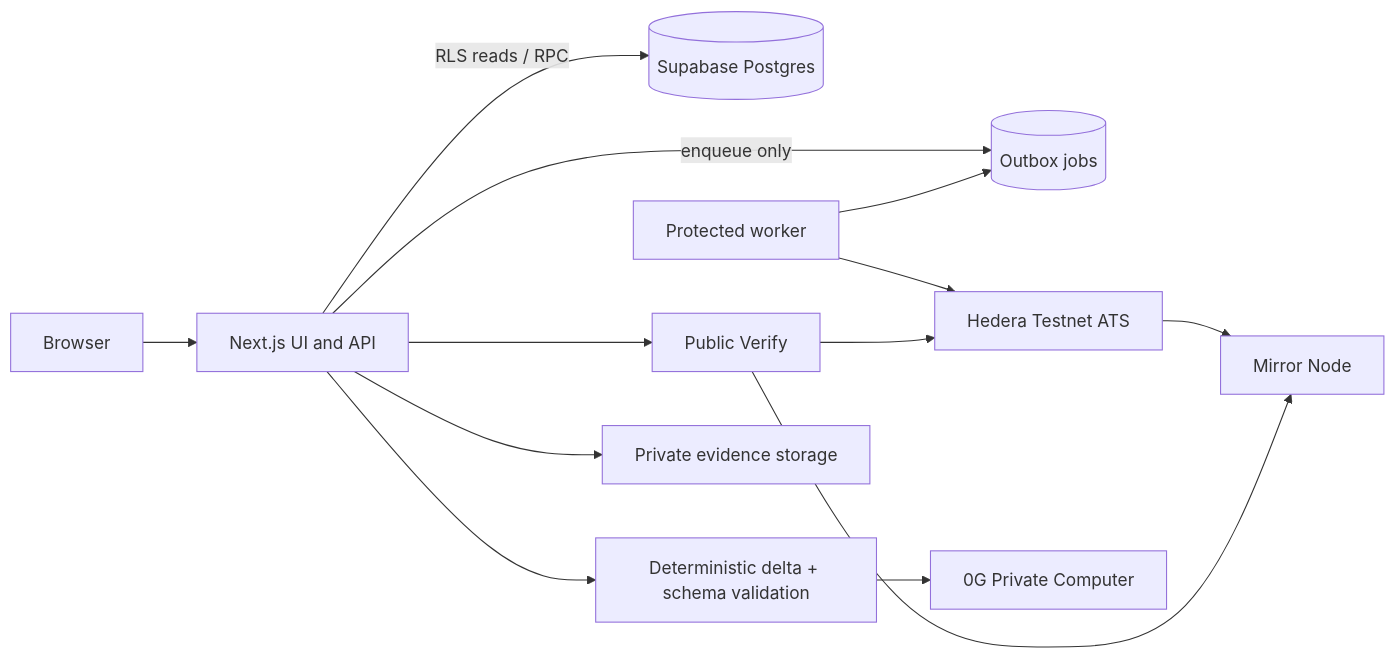
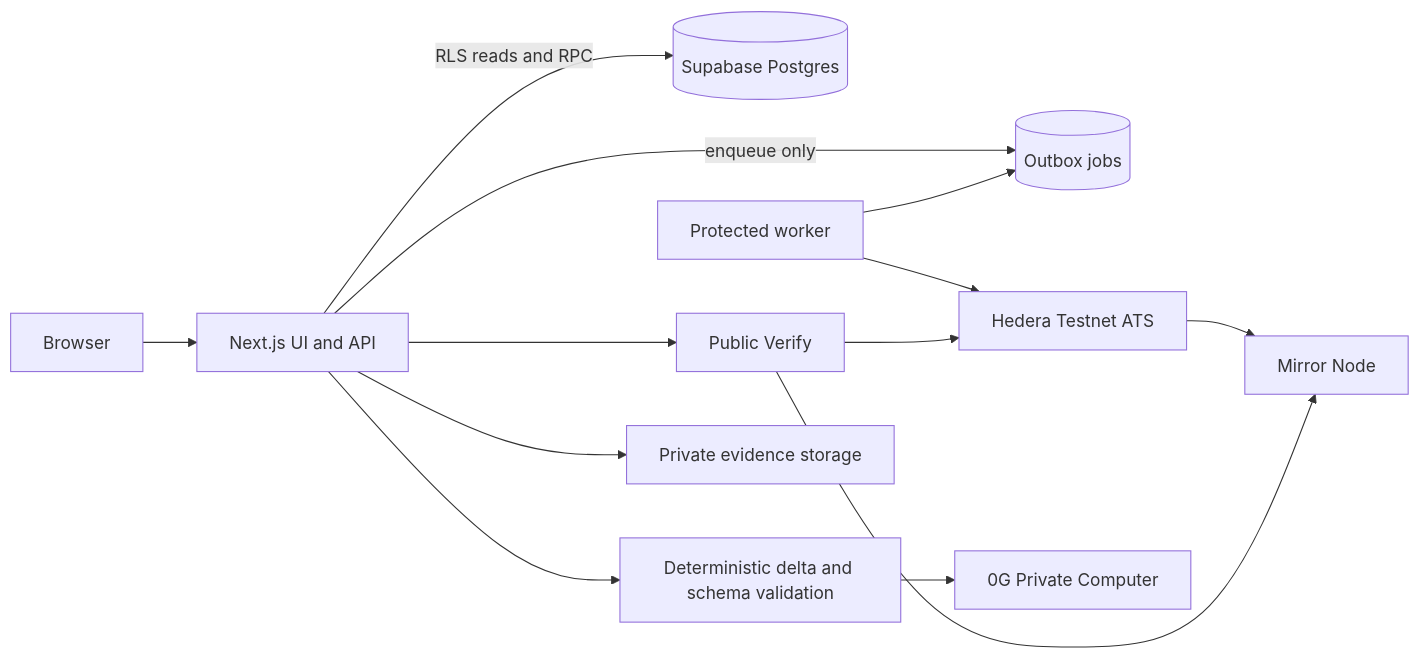
Before and after one commit to iykyk-vedant/Ethglobal-NIVASA: the diagram in README.md, drawn with Mermaid. The commit also changed other lines of this file, not shown here.

````diff
--- a/README.md
+++ b/README.md
@@ -21,15 +58,15 @@
 ```mermaid
 flowchart LR
- Browser --> App[Next.js UI and API]
- App -->|RLS reads / RPC| DB[(Supabase Postgres)]
- App -->|enqueue only| Queue[(Outbox jobs)]
- Worker[Protected worker] --> Queue
- Worker --> ATS[Hedera Testnet ATS]
- ATS --> Mirror[Mirror Node]
- App --> Verify[Public Verify]
- Verify --> ATS
- Verify --> Mirror
- App --> Delta[Deterministic delta + schema validation]
- Delta --> OG[0G Private Computer]
- App --> Evidence[Private evidence storage]
+  Browser[Browser] --> App[Next.js UI and API]
+  App -->|RLS reads and RPC| DB[(Supabase Postgres)]
+  App -->|enqueue only| Queue[(Outbox jobs)]
+  Worker[Protected worker] --> Queue
+  Worker --> ATS[Hedera Testnet ATS]
+  ATS --> Mirror[Mirror Node]
+  App --> Verify[Public Verify]
+  Verify --> ATS
+  Verify --> Mirror
+  App --> Delta[Deterministic delta and schema validation]
+  Delta --> OG[0G Private Computer]
+  App --> Evidence[Private evidence storage]
 ```
````
